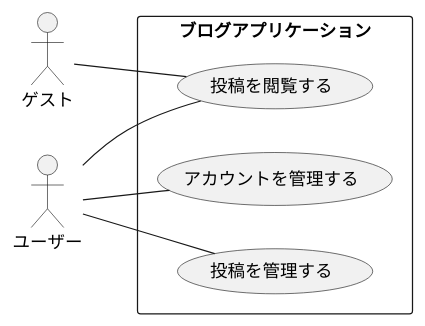
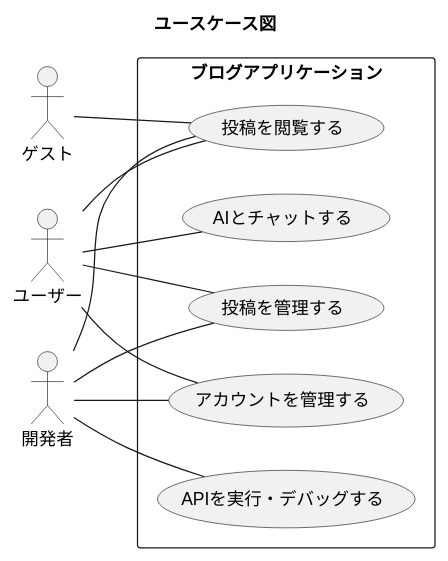
Before and after one commit to prankster-freedom/ToyBox: the first of 6 diagrams in doc/1.SPEC.md, drawn with PlantUML. The commit also changed other lines of this file and 1 other file, not shown here.

````diff
--- a/doc/1.SPEC.md
+++ b/doc/1.SPEC.md
@@ -74,18 +80,22 @@
 ```plantuml
 @startuml
+title ユースケース図
 left to right direction
-actor ゲスト
-actor ユーザー
 
-rectangle "ブログアプリケーション" {
-  usecase "投稿を閲覧する" as UC_VIEW
-  usecase "アカウントを管理する" as UC_AUTH
-  usecase "投稿を管理する" as UC_MANAGE
+actor "ゲスト" as Guest
+actor "ユーザー" as User
+actor "開発者" as Developer
 
-  ゲスト -- UC_VIEW
-  ユーザー -- UC_VIEW
-  ユーザー -- UC_AUTH
-  ユーザー -- UC_MANAGE
+rectangle "ブログアプリケーション" as App {
+  User -- (アカウントを管理する)
+  User -- (投稿を管理する)
+  User -- (AIとチャットする)
+  Guest -- (投稿を閲覧する)
+  User -- (投稿を閲覧する)
+  Developer -- (投稿を閲覧する)
+  Developer -- (APIを実行・デバッグする)
+  Developer -- (アカウントを管理する)
+  Developer -- (投稿を管理する)
 }
 @enduml
 ```
````
